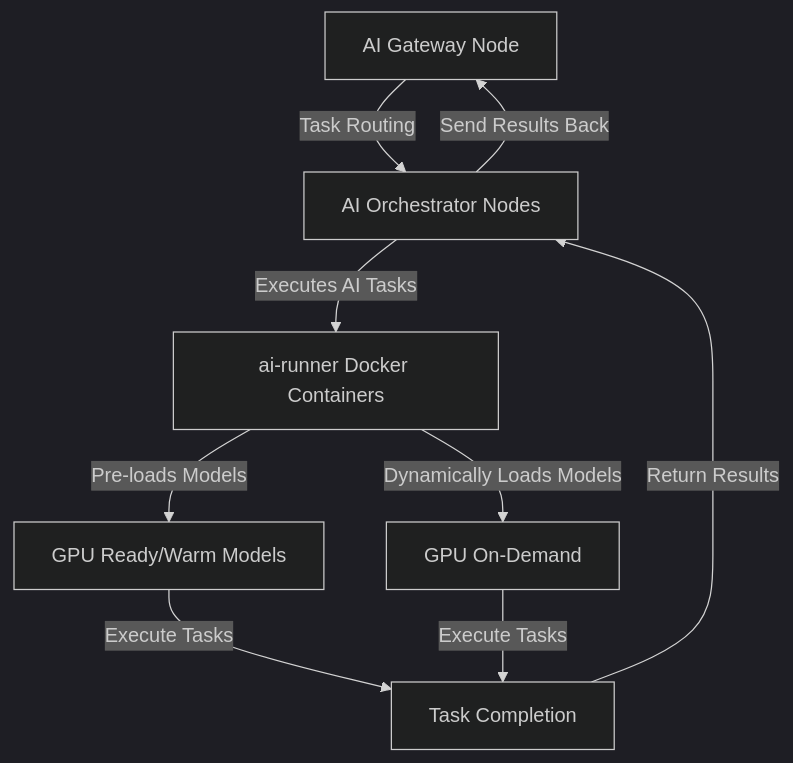
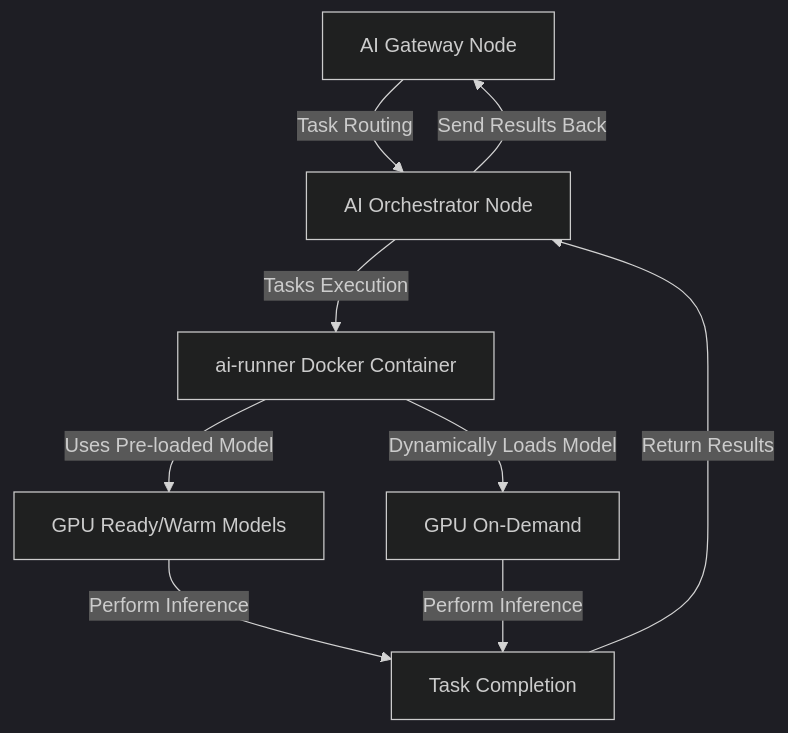
Before and after one commit to livepeer/docs: the diagram in ai/introduction.mdx, drawn with Mermaid (dark theme). The commit also changed other lines of this file, not shown here.

````diff
--- a/ai/introduction.mdx
+++ b/ai/introduction.mdx
@@ -141,11 +150,12 @@
 ```mermaid
 graph TD
-    A[AI Gateway Node] -->|Task Routing| B[AI Orchestrator Nodes]
-    B -->|Executes AI Tasks| C[ai-runner Docker Containers]
-    C -->|Pre-loads Models| D[GPU Ready/Warm Models]
-    C -->|Dynamically Loads Models| E[GPU On-Demand]
-    D -->|Execute Tasks| G[Task Completion]
-    E -->|Execute Tasks| G
+    A[AI Gateway Node] -->|Task Routing| B[AI Orchestrator Node]
+    B -->|Tasks Execution| C[ai-runner Docker Container]
+    C -->|Uses Pre-loaded Model| D[GPU Ready/Warm Models]
+    C -->|Dynamically Loads Model| E[GPU On-Demand]
+    D -->|Perform Inference| G[Task Completion]
+    E -->|Perform Inference| G
     G -->|Return Results| B
     B -->|Send Results Back| A
+
 ```
````
